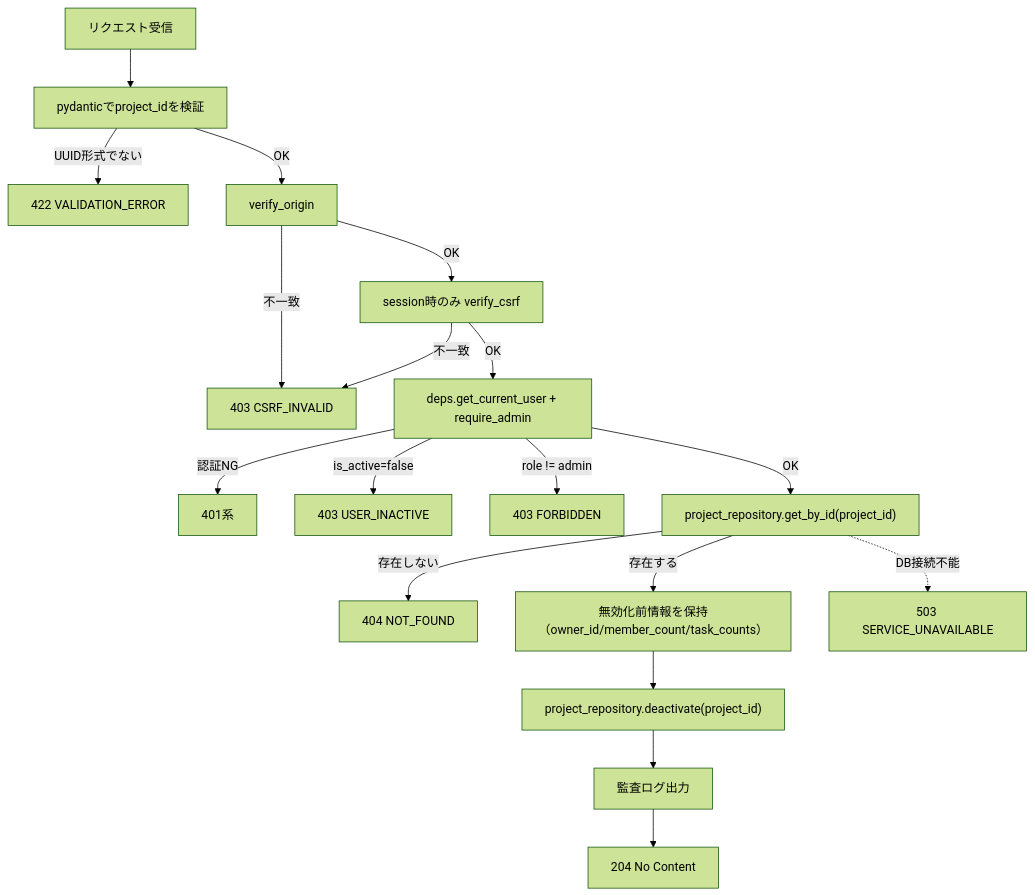
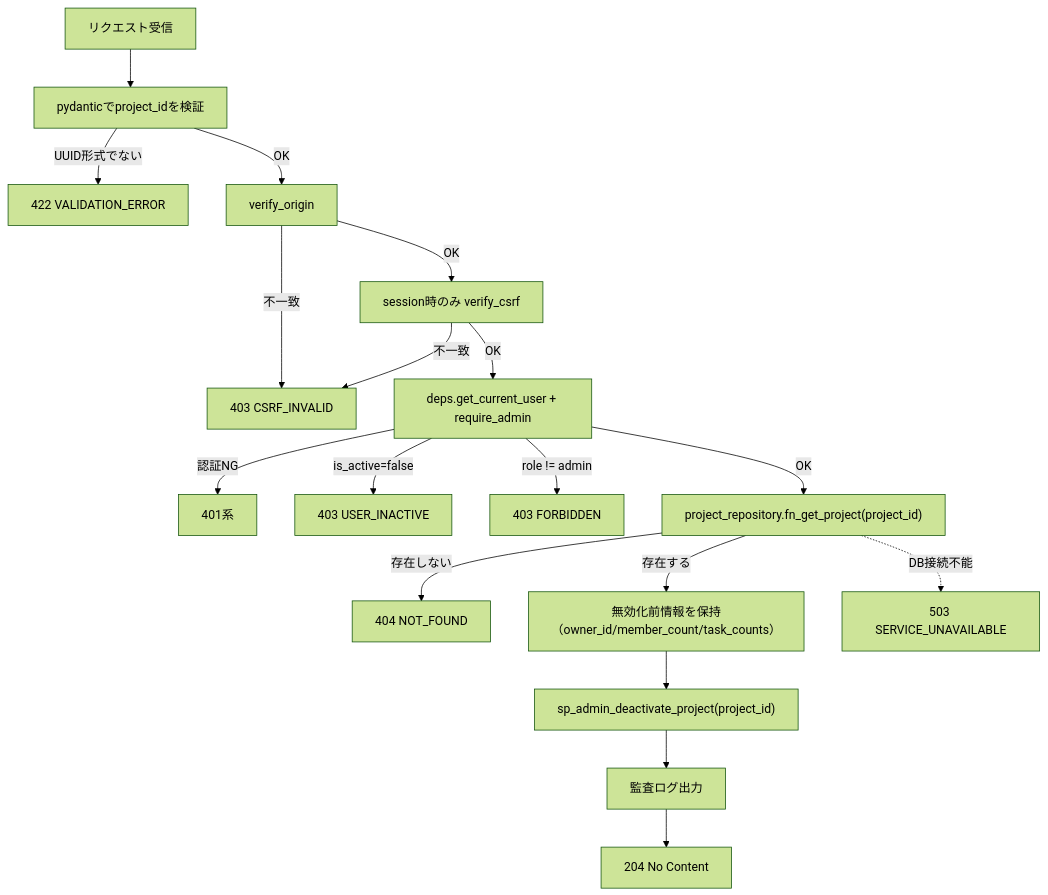
One commit to oikawa-d/task_management changed the second of 4 diagrams in detailed_design/api/admin/06_delete_admin_project.md. Above: the diagram before and after it, drawn with Mermaid (forest theme). The commit also changed other lines of this file and 58 other files, not shown here.

````diff
--- a/detailed_design/api/admin/06_delete_admin_project.md
+++ b/detailed_design/api/admin/06_delete_admin_project.md
@@ -119,20 +119,20 @@
 ```mermaid
 flowchart TB
     A["リクエスト受信"] --> B["pydanticでproject_idを検証"]
     B -->|"UUID形式でない"| B1["422 VALIDATION_ERROR"]
     B -->|"OK"| C["verify_origin"]
     C -->|"不一致"| C1["403 CSRF_INVALID"]
     C -->|"OK"| D["session時のみ verify_csrf"]
     D -->|"不一致"| C1
     D -->|"OK"| E["deps.get_current_user + require_admin"]
     E -->|"認証NG"| E1["401系"]
     E -->|"is_active=false"| E2["403 USER_INACTIVE"]
     E -->|"role != admin"| E3["403 FORBIDDEN"]
-    E -->|"OK"| F["project_repository.get_by_id(project_id)"]
+    E -->|"OK"| F["project_repository.fn_get_project(project_id)"]
     F -->|"存在しない"| F1["404 NOT_FOUND"]
     F -->|"存在する"| G["無効化前情報を保持<br/>（owner_id/member_count/task_counts）"]
-    G --> H["project_repository.deactivate(project_id)"]
+    G --> H["sp_admin_deactivate_project(project_id)"]
     H --> I["監査ログ出力"]
     I --> J["204 No Content"]
     F -.->|"DB接続不能"| K["503 SERVICE_UNAVAILABLE"]
 ```
````
